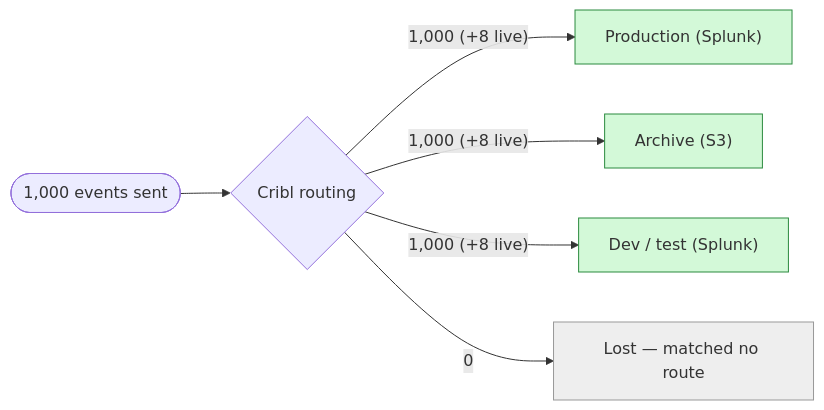
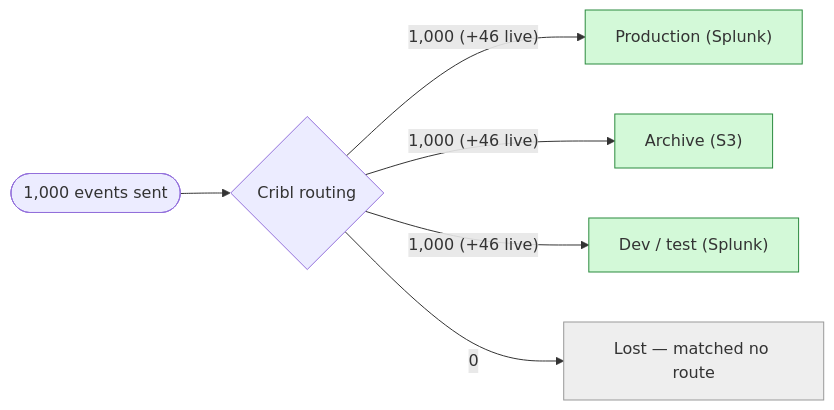
Before and after one commit to JacobPEvans-personal/cc-stream-zscaler-incident-test: the seventh of 9 diagrams in REPORT.md, drawn with Mermaid. The commit also changed other lines of this file and 9 other files, not shown here.

````diff
--- a/REPORT.md
+++ b/REPORT.md
@@ -319,12 +319,12 @@
 ```mermaid
 flowchart LR
   IN(["1,000 events sent"]) --> C{"Cribl routing"}
-  C -->|"1,000 (+8 live)"| prod["Production (Splunk)"]
+  C -->|"1,000 (+46 live)"| prod["Production (Splunk)"]
   style prod fill:#d3f9d8,stroke:#2b8a3e
-  C -->|"1,000 (+8 live)"| s3["Archive (S3)"]
+  C -->|"1,000 (+46 live)"| s3["Archive (S3)"]
   style s3 fill:#d3f9d8,stroke:#2b8a3e
-  C -->|"1,000 (+8 live)"| dev["Dev / test (Splunk)"]
+  C -->|"1,000 (+46 live)"| dev["Dev / test (Splunk)"]
   style dev fill:#d3f9d8,stroke:#2b8a3e
   C -->|"0"| default["Lost — matched no route"]
   style default fill:#eee,stroke:#999
 ```
````
